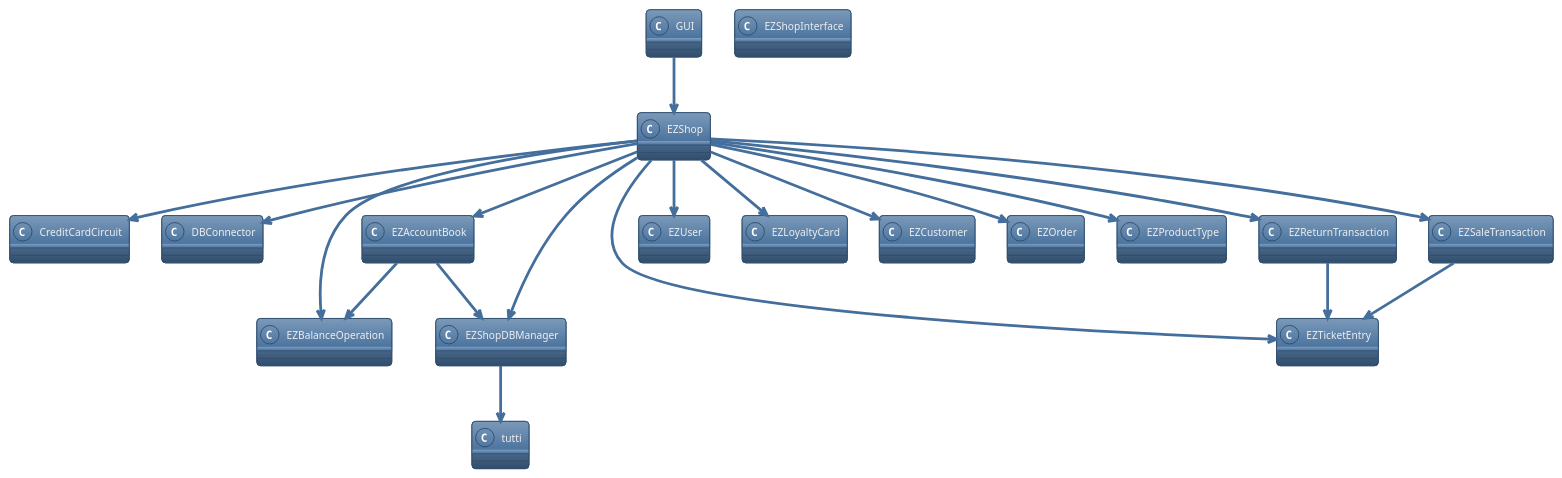
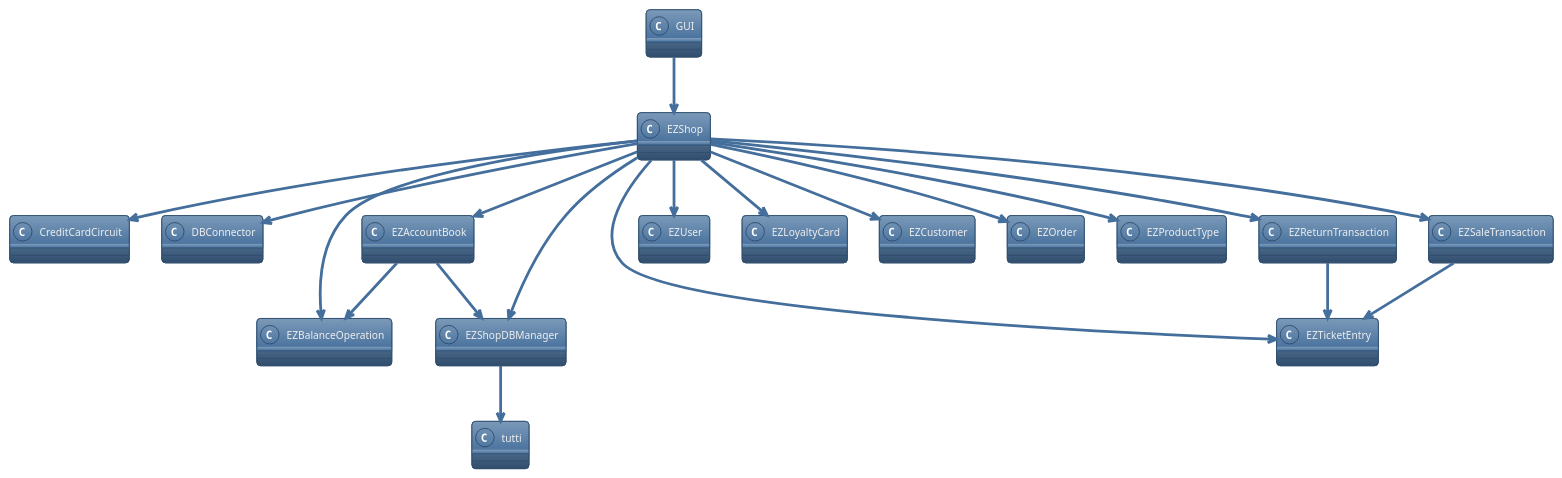
One commit to Ralls0/ezshop changed the diagram in Deliverables/IntegrationAPITestReport.md. Above: the diagram before and after it, drawn with PlantUML.

````diff
--- a/Deliverables/IntegrationAPITestReport.md
+++ b/Deliverables/IntegrationAPITestReport.md
@@ -41,48 +41,47 @@
 ```plantuml
 @startuml
 !theme spacelab
 top to bottom direction
 
 class GUI {}
 class EZShop {}
 class CreditCardCircuit {}
 class DBConnector {}
 class EZAccountBook {}
 class EZBalanceOperation {}
 class EZShopDBManager {}
-class EZShopInterface {}
 class EZTicketEntry {}
 class EZUser {}
 class EZLoyaltyCard {}
 class EZCustomer {}
 class EZOrder {}
 class EZProductType {}
 class EZReturnTransaction {}
 class EZSaleTransaction {}
 
 GUI-->EZShop
 
 EZShop-->CreditCardCircuit
 EZShop-->EZAccountBook
 EZShop-->EZBalanceOperation
 EZShop-->EZCustomer
 EZShop-->DBConnector
 EZShop-->EZLoyaltyCard
 EZShop-->EZOrder
 EZShop-->EZProductType
 EZShop-->EZReturnTransaction
 EZShop-->EZSaleTransaction
 EZShop-->EZShopDBManager
 EZShop-->EZTicketEntry
 EZShop-->EZUser
 
 EZAccountBook-->EZShopDBManager
 EZAccountBook-->EZBalanceOperation
 
 EZReturnTransaction-->EZTicketEntry
 EZSaleTransaction-->EZTicketEntry
 
 EZShopDBManager-->tutti
 
 @enduml
 ```
````
